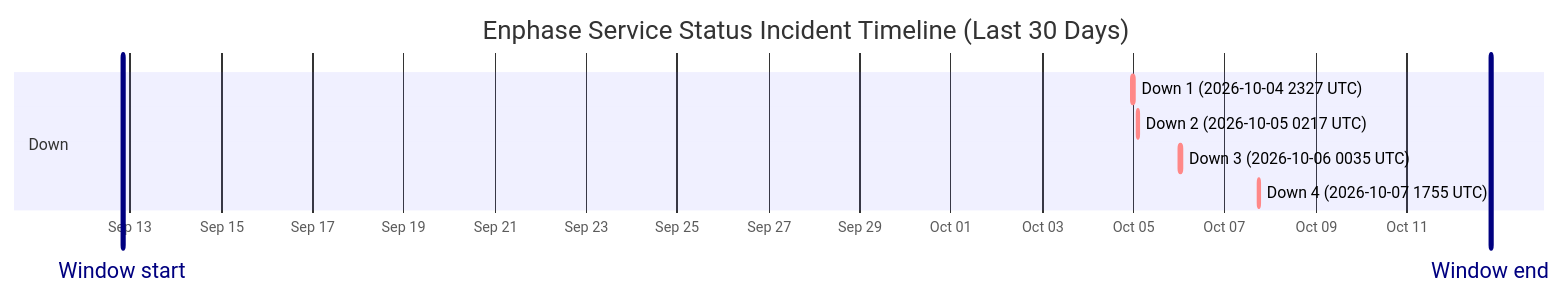
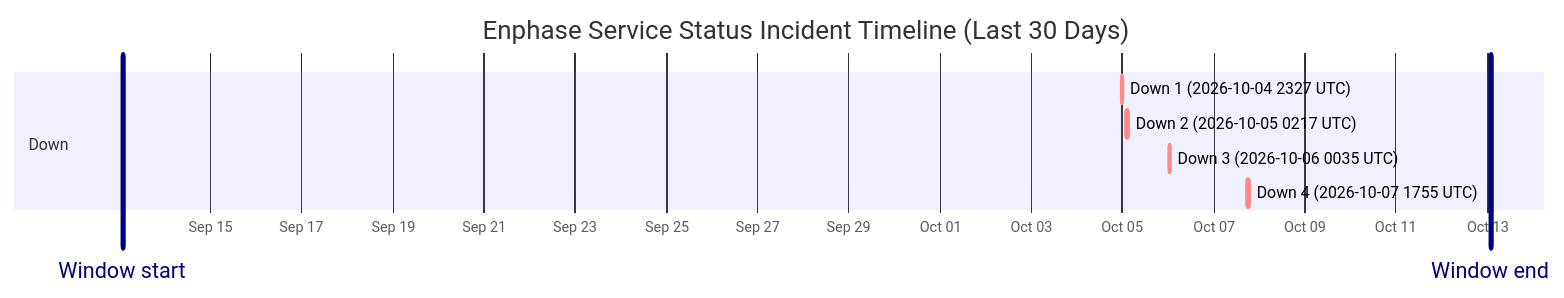
One commit to barneyonline/ha-enphase-energy changed the diagram in wiki/Service-Status-History.md. Above: the diagram before and after it, drawn with Mermaid. The commit also changed other lines of this file and 3 other files, not shown here.

````diff
--- a/wiki/Service-Status-History.md
+++ b/wiki/Service-Status-History.md
@@ -14,13 +14,13 @@
 ```mermaid
 gantt
     title Enphase Service Status Incident Timeline (Last 30 Days)
     dateFormat  YYYY-MM-DDTHH:mm:ss
     axisFormat  %b %d
-    Window start :vert, window-start, 2026-09-12T19:55:41, 0ms
-    Window end :vert, window-end, 2026-10-12T19:55:41, 0ms
+    Window start :vert, window-start, 2026-09-13T01:50:30, 0ms
+    Window end :vert, window-end, 2026-10-13T01:50:30, 0ms
     section Down
     Down 1 (2026-10-04 2327 UTC) :crit, down-1, 2026-10-04T23:27:34, 60m
     Down 2 (2026-10-05 0217 UTC) :crit, down-2, 2026-10-05T02:17:30, 60m
     Down 3 (2026-10-06 0035 UTC) :crit, down-3, 2026-10-06T00:35:21, 60m
     Down 4 (2026-10-07 1755 UTC) :crit, down-4, 2026-10-07T17:55:16, 60m
 ```
````
